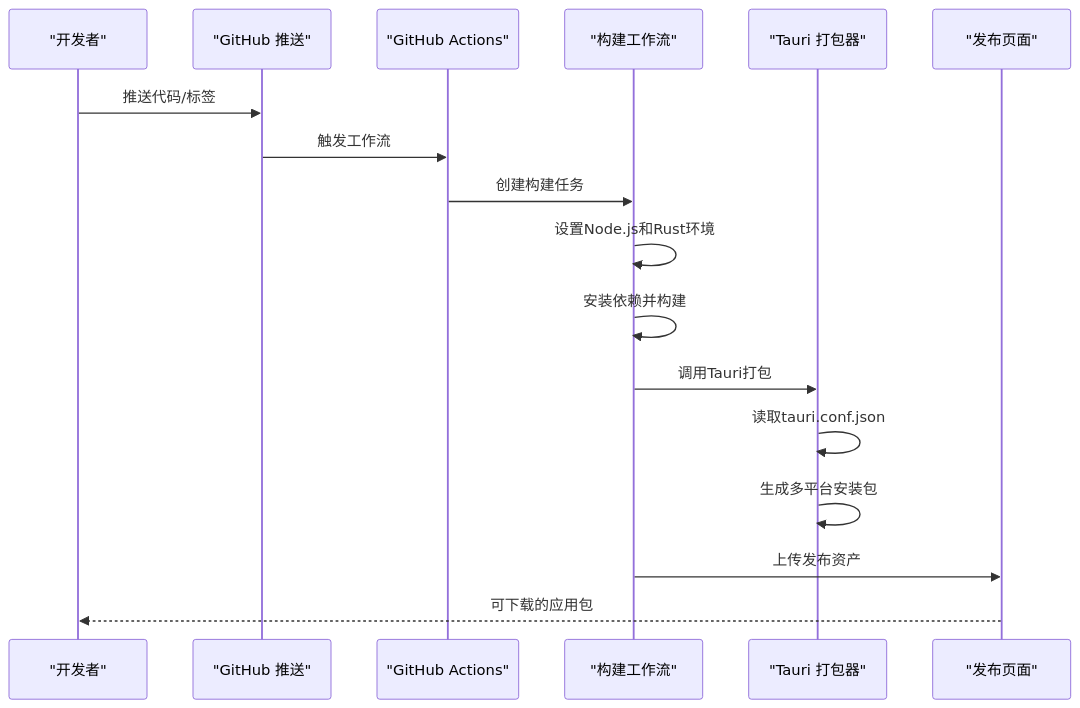
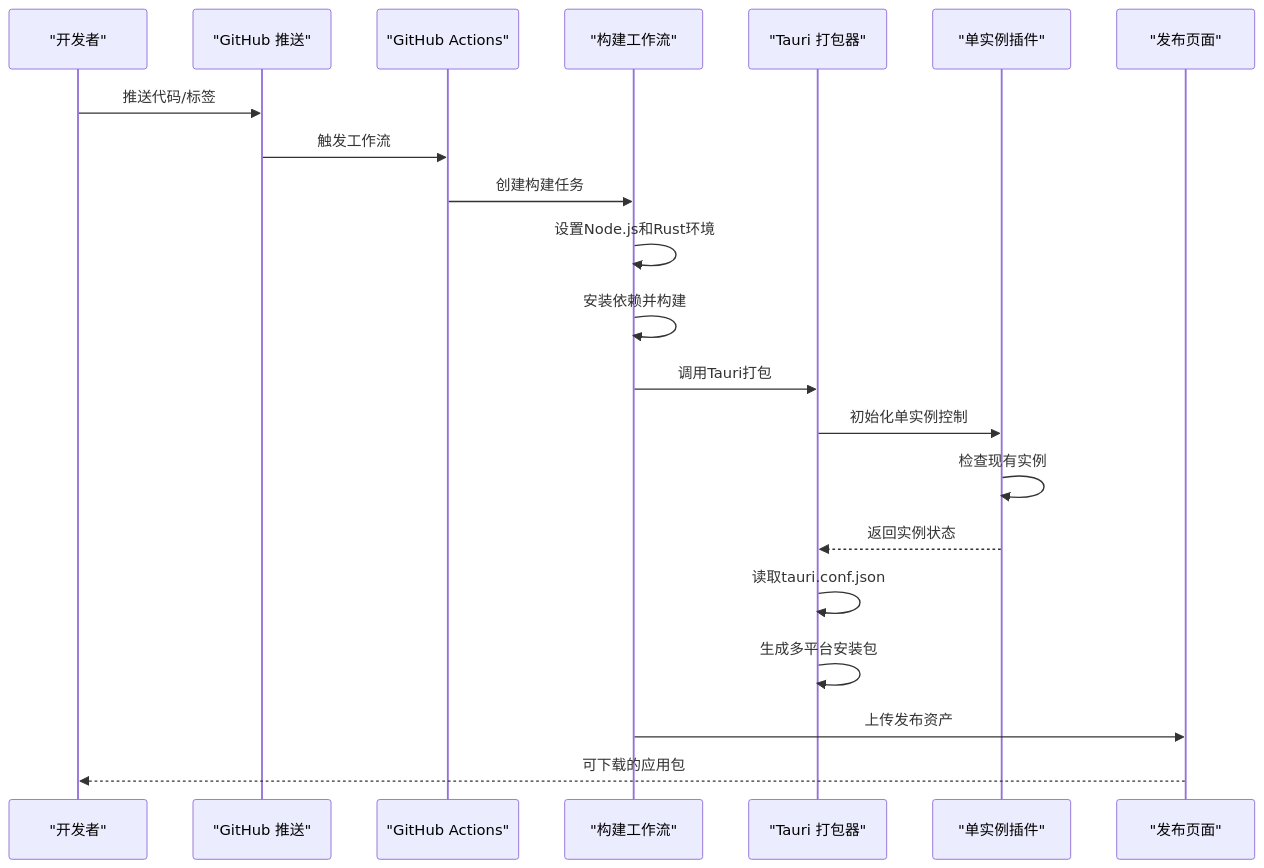
One commit to xdongliang/IPSwitcher changed the second of 3 diagrams in .qoder/repowiki/zh/content/部署指南.md. Above: the diagram before and after it, drawn with Mermaid. The commit also changed other lines of this file and 3 other files, not shown here.

````diff
--- a/.qoder/repowiki/zh/content/部署指南.md
+++ b/.qoder/repowiki/zh/content/部署指南.md
@@ -111,19 +135,23 @@
 ```mermaid
 sequenceDiagram
 participant Dev as "开发者"
 participant GitHub as "GitHub 推送"
 participant Actions as "GitHub Actions"
 participant Workflow as "构建工作流"
 participant Tauri as "Tauri 打包器"
+participant SingleInstance as "单实例插件"
 participant Release as "发布页面"
 Dev->>GitHub : 推送代码/标签
 GitHub->>Actions : 触发工作流
 Actions->>Workflow : 创建构建任务
 Workflow->>Workflow : 设置Node.js和Rust环境
 Workflow->>Workflow : 安装依赖并构建
 Workflow->>Tauri : 调用Tauri打包
+Tauri->>SingleInstance : 初始化单实例控制
+SingleInstance->>SingleInstance : 检查现有实例
+SingleInstance-->>Tauri : 返回实例状态
 Tauri->>Tauri : 读取tauri.conf.json
 Tauri->>Tauri : 生成多平台安装包
 Workflow->>Release : 上传发布资产
 Release-->>Dev : 可下载的应用包
 ```
````
